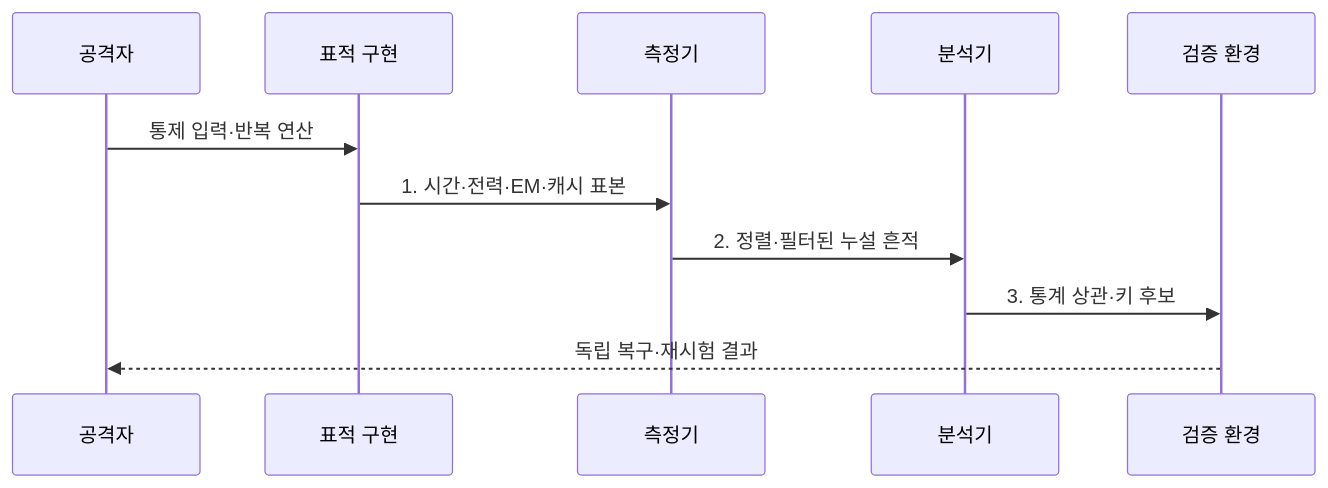
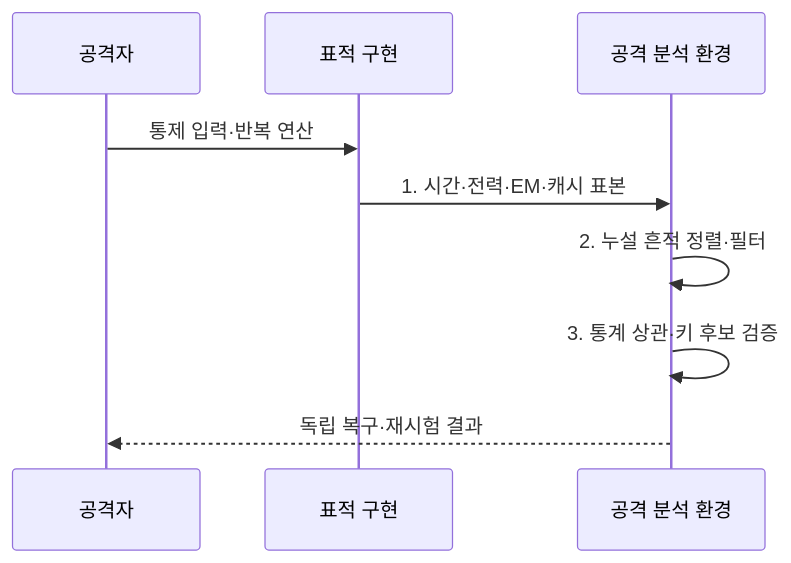
Before and after one commit to agnusdei1207/knowledge-base: the second of 2 diagrams in src/content/docs/notes/05-security/130_side_channel_attack.md, drawn with Mermaid. The commit also changed other lines of this file and 4 other files, not shown here.

Commit message:
Focus vulnerability and device sequences

````diff
--- a/src/content/docs/notes/05-security/130_side_channel_attack.md
+++ b/src/content/docs/notes/05-security/130_side_channel_attack.md
@@ -97,13 +97,11 @@
 ```mermaid
 sequenceDiagram
   participant A as 공격자
   participant T as 표적 구현
-  participant M as 측정기
-  participant N as 분석기
-  participant V as 검증 환경
+  participant L as 공격 분석 환경
   A->>T: 통제 입력·반복 연산
-  T->>M: 1. 시간·전력·EM·캐시 표본
-  M->>N: 2. 정렬·필터된 누설 흔적
-  N->>V: 3. 통계 상관·키 후보
-  V-->>A: 독립 복구·재시험 결과
+  T->>L: 1. 시간·전력·EM·캐시 표본
+  L->>L: 2. 누설 흔적 정렬·필터
+  L->>L: 3. 통계 상관·키 후보 검증
+  L-->>A: 독립 복구·재시험 결과
 ```
````
